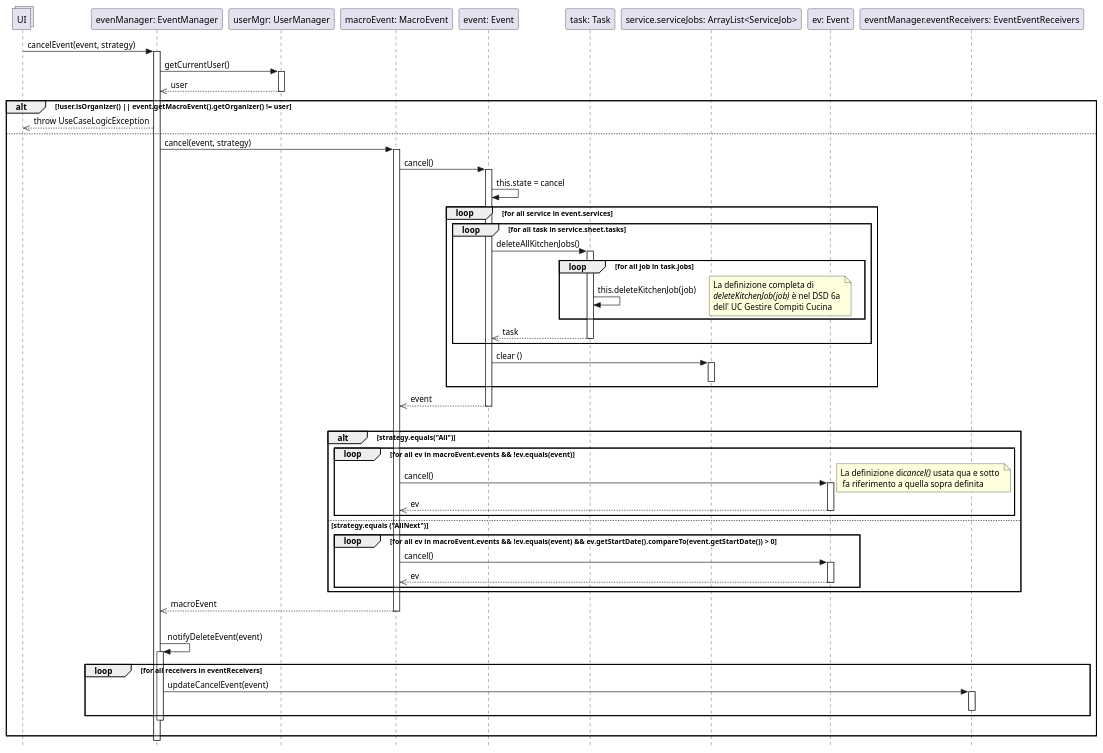
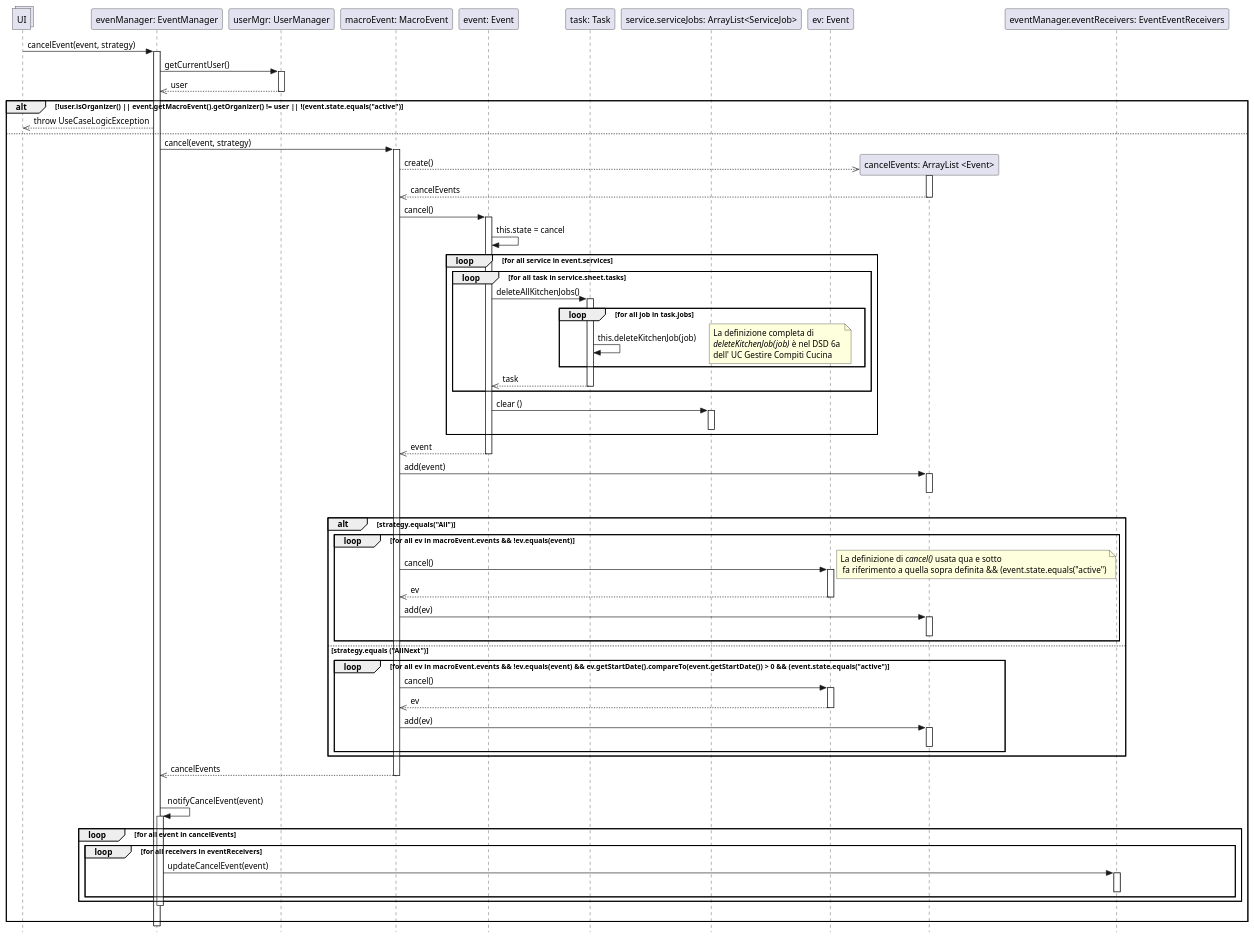
The diagram in UP/Progettazione/UC Gestire Eventi/DSD/DSD Operazione 1a.2.puml (stefa168/sas-project), drawn with PlantUML before and after one commit. The commit also changed 2 other files, not shown here.

```diff
--- a/UP/Progettazione/UC Gestire Eventi/DSD/DSD Operazione 1a.2.puml
+++ b/UP/Progettazione/UC Gestire Eventi/DSD/DSD Operazione 1a.2.puml
@@ -1,84 +1,99 @@
 @startuml
 skinparam Style strictuml
 
 collections UI
 participant "evenManager: EventManager" as em
 participant "userMgr: UserManager" as um
 participant "macroEvent: MacroEvent" as maev
 participant "event: Event" as event
 participant "task: Task" as task
 participant "service.serviceJobs: ArrayList<ServiceJob>" as sj
 participant "ev: Event" as ev
+participant "cancelEvents: ArrayList <Event>" as evcanc
 participant "eventManager.eventReceivers: EventEventReceivers" as eer
 
 UI -> em: cancelEvent(event, strategy)
 activate em
     em -> um: getCurrentUser()
     activate um
         em <<-- um: user
     deactivate um
 
-    alt !user.isOrganizer() || event.getMacroEvent().getOrganizer() != user
+    alt !user.isOrganizer() || event.getMacroEvent().getOrganizer() != user || !(event.state.equals("active")
         UI <<-- em: throw UseCaseLogicException
     else
 
         em -> maev: cancel(event, strategy)
         activate maev
-
+            maev -->> evcanc**: create()
+            activate evcanc
+            maev <<-- evcanc: cancelEvents
+            deactivate evcanc
 
             maev -> event: cancel()
             activate event
             event -> event: this.state = cancel
 
             loop for all service in event.services
                 loop for all task in service.sheet.tasks
                     event -> task: deleteAllKitchenJobs()
                     activate task
                     loop for all job in task.jobs
                         task -> task: this.deleteKitchenJob(job)
                         note right: La definizione completa di\n//deleteKitchenJob(job)// è nel DSD 6a \ndell' UC Gestire Compiti Cucina
                     end
                     event <<-- task: task
                     deactivate task
 
                 end
 
                 event -> sj: clear ()
                 activate sj
                 deactivate sj
             end
             maev <<-- event: event
             deactivate event
+            maev -> evcanc: add(event)
+            activate evcanc
+            deactivate evcanc
             |||
             alt strategy.equals("All")
                 loop for all ev in macroEvent.events && !ev.equals(event)
                     maev -> ev: cancel()
-                    note right: La definizione di//cancel()// usata qua e sotto \n fa riferimento a quella sopra definita
+                    note right: La definizione di //cancel()// usata qua e sotto \n fa riferimento a quella sopra definita && (event.state.equals("active")
                     activate ev
                     maev <<-- ev: ev
                     deactivate ev
+                    maev -> evcanc: add(ev)
+                    activate evcanc
+                    deactivate evcanc
                 end
             else strategy.equals ("AllNext")
-                loop for all ev in macroEvent.events && !ev.equals(event) && ev.getStartDate().compareTo(event.getStartDate()) > 0
+                loop for all ev in macroEvent.events && !ev.equals(event) && ev.getStartDate().compareTo(event.getStartDate()) > 0 && (event.state.equals("active")
                     maev -> ev: cancel()
                     activate ev
                     maev <<-- ev: ev
                     deactivate ev
+                    maev -> evcanc: add(ev)
+                    activate evcanc
+                    deactivate evcanc
                 end
             end
-        em <<-- maev: macroEvent
+        em <<-- maev: cancelEvents
         deactivate maev
         |||
-        em -> em: notifyDeleteEvent(event)
+        em -> em: notifyCancelEvent(event)
         activate em
-            loop for all receivers in eventReceivers
-                em -> eer: updateCancelEvent(event)
-                activate eer
-                deactivate eer
+            loop for all event in cancelEvents
+                loop for all receivers in eventReceivers
+                    em -> eer: updateCancelEvent(event)
+                    activate eer
+                    deactivate eer
+                end
             end
         deactivate em
         |||
 
     end
 deactivate em
 @enduml
```
